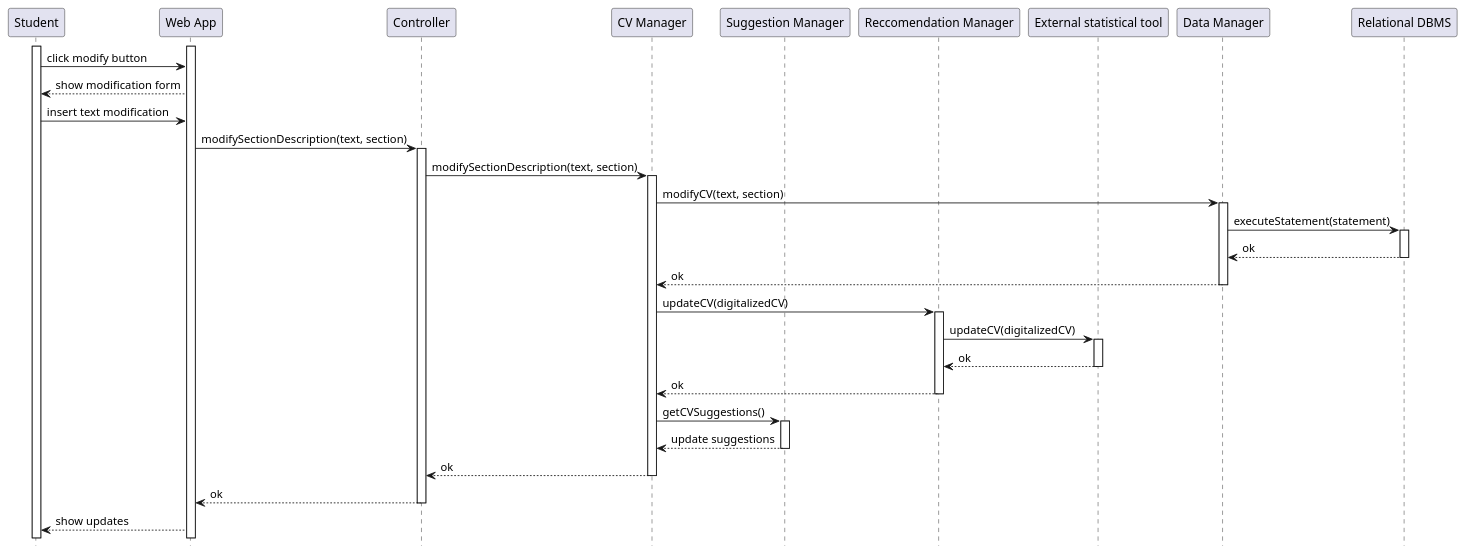
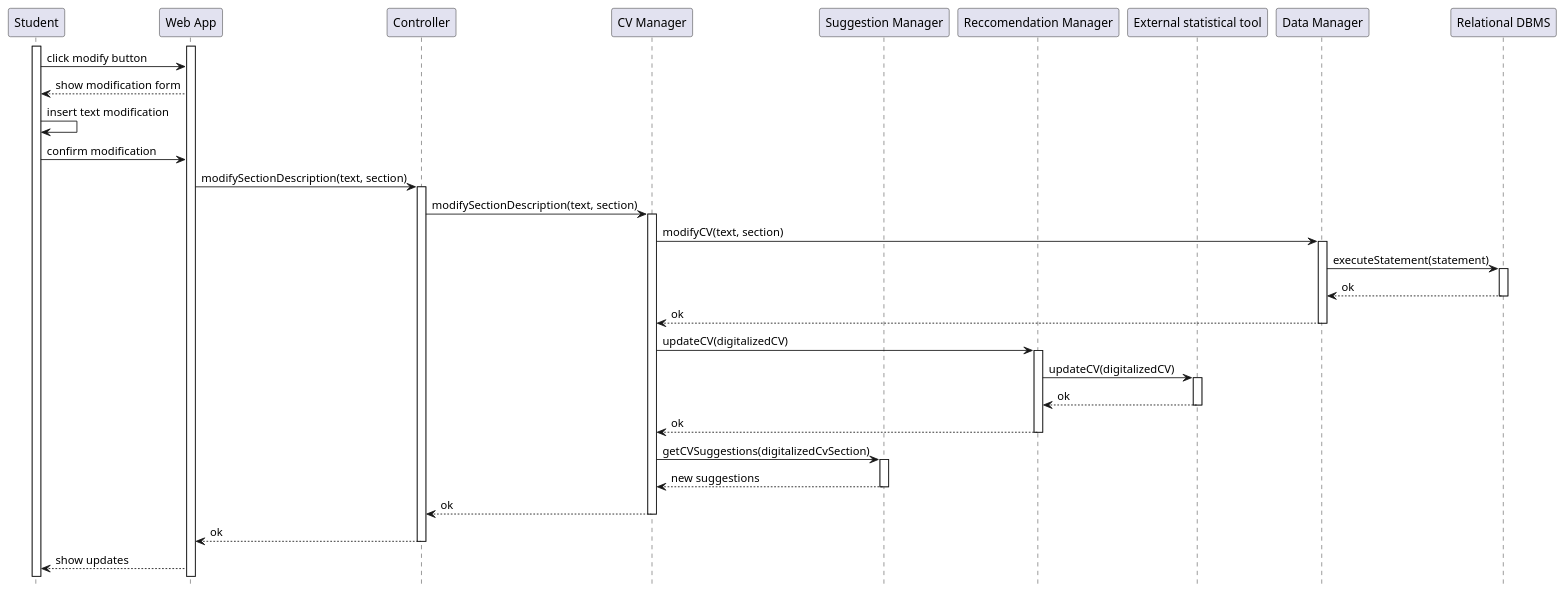
Before and after one commit to matti8702/R_and_DD_project_SE2: the diagram in DD/Architectural_design/uml_diagrams/RV11_diagram.puml, drawn with PlantUML. The commit also changed other lines of this file, not shown here.

Commit message:
feat: fix RV11

```diff
--- a/DD/Architectural_design/uml_diagrams/RV11_diagram.puml
+++ b/DD/Architectural_design/uml_diagrams/RV11_diagram.puml
@@ -1,54 +1,56 @@
 @startuml RV11_diagram
 hide footbox
 
 participant "Student" as S 
 participant "Web App" as W
 participant "Controller" AS C
 participant "CV Manager" AS CM
 participant "Suggestion Manager" as SM
 participant "Reccomendation Manager" as RM
 participant "External statistical tool" AS EXT
 participant "Data Manager" AS DM
 participant "Relational DBMS" AS RD
 
 
+
 activate S
 activate W
 S -> W: click modify button
 W --> S: show modification form
-S -> W: insert text modification
+S -> S: insert text modification
+S -> W: confirm modification
 W -> C: modifySectionDescription(text, section)
 activate C
 C -> CM: modifySectionDescription(text, section)
 activate CM
 
 CM -> DM: modifyCV(text, section)
 activate DM
 DM -> RD: executeStatement(statement)
 activate RD
 RD --> DM: ok
 deactivate RD
 DM --> CM: ok
 deactivate DM 
 
 CM -> RM: updateCV(digitalizedCV)
 activate RM
 RM -> EXT: updateCV(digitalizedCV)
 activate EXT
 EXT --> RM: ok
 deactivate EXT
 RM --> CM: ok
 deactivate RM
 
-CM -> SM: getCVSuggestions()
+CM -> SM: getCVSuggestions(digitalizedCvSection)
 activate SM
-SM --> CM: update suggestions
+SM --> CM: new suggestions
 deactivate SM
 CM --> C: ok
 deactivate CM
 C --> W: ok
 deactivate C
 W --> S: show updates
 
 
 @enduml
```
